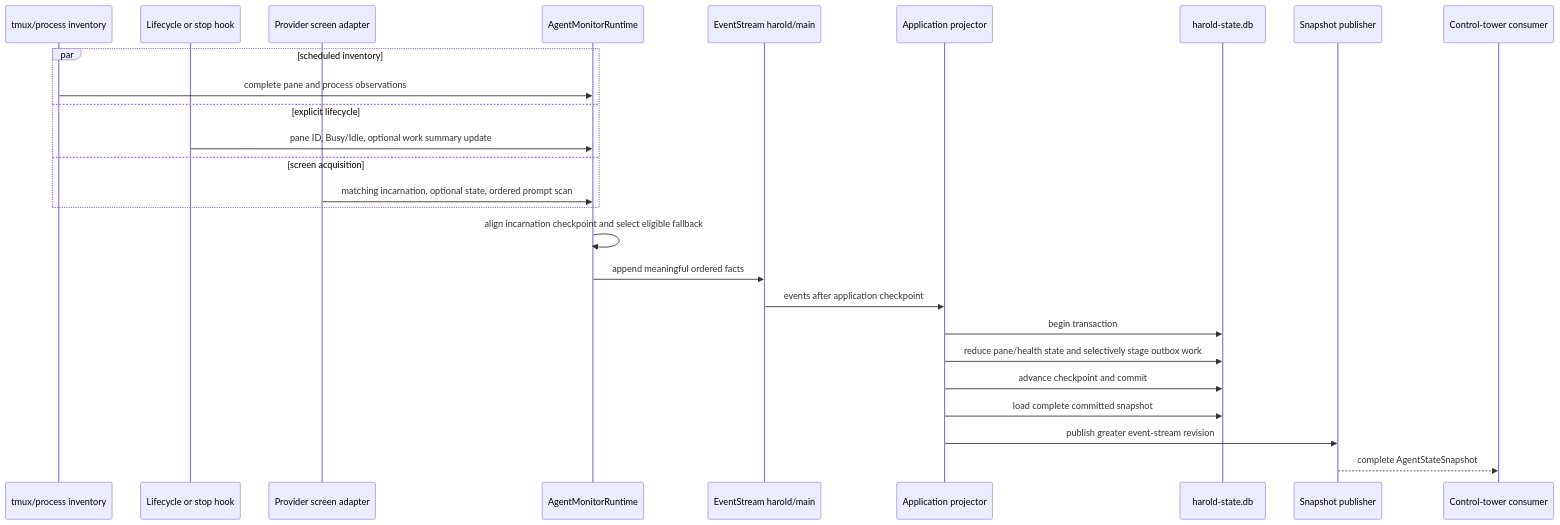
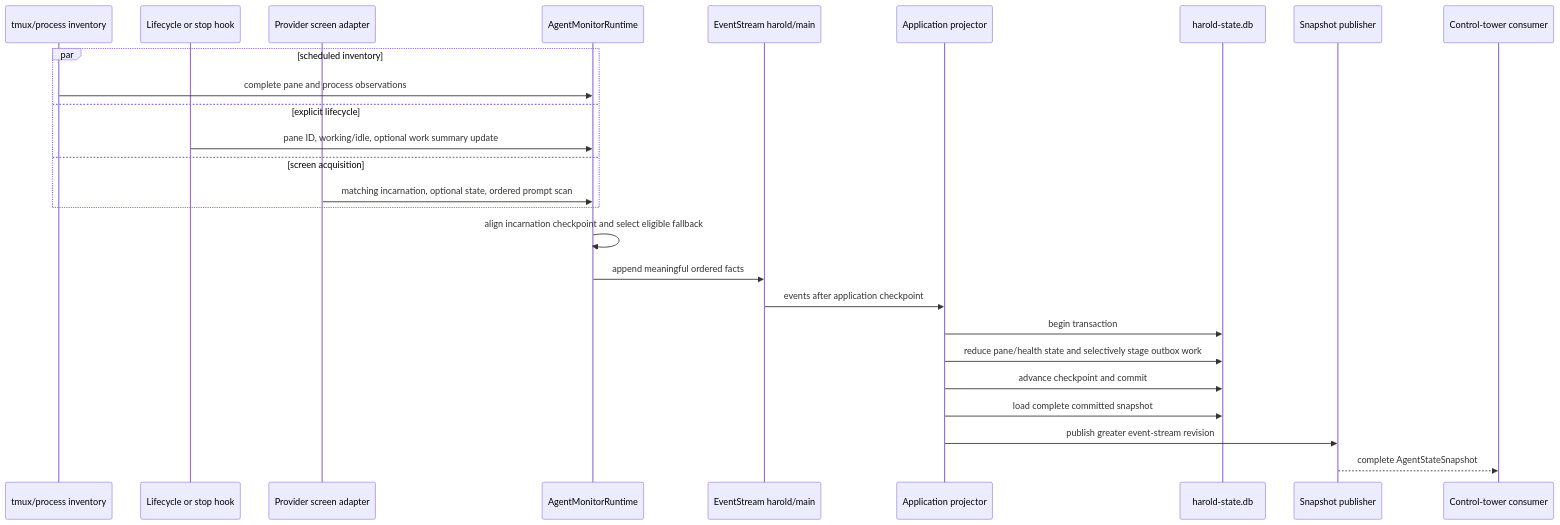
Before and after one commit to kahgeh/harold: the first of 2 diagrams in docs/references/agent-monitor/README.md, drawn with Mermaid. The commit also changed other lines of this file and 14 other files, not shown here.

````diff
--- a/docs/references/agent-monitor/README.md
+++ b/docs/references/agent-monitor/README.md
@@ -64,29 +64,29 @@
 ```mermaid
 sequenceDiagram
     participant Inventory as tmux/process inventory
     participant Hook as Lifecycle or stop hook
     participant Screen as Provider screen adapter
     participant Runtime as AgentMonitorRuntime
     participant Events as EventStream harold/main
     participant Projector as Application projector
     participant StateDB as harold-state.db
     participant Hub as Snapshot publisher
     participant Tower as Control-tower consumer
 
     par scheduled inventory
         Inventory->>Runtime: complete pane and process observations
     and explicit lifecycle
-        Hook->>Runtime: pane ID, Busy/Idle, optional work summary update
+        Hook->>Runtime: pane ID, working/idle, optional work summary update
     and screen acquisition
         Screen->>Runtime: matching incarnation, optional state, ordered prompt scan
     end
     Runtime->>Runtime: align incarnation checkpoint and select eligible fallback
     Runtime->>Events: append meaningful ordered facts
     Events->>Projector: events after application checkpoint
     Projector->>StateDB: begin transaction
     Projector->>StateDB: reduce pane/health state and selectively stage outbox work
     Projector->>StateDB: advance checkpoint and commit
     Projector->>StateDB: load complete committed snapshot
     Projector->>Hub: publish greater event-stream revision
     Hub-->>Tower: complete AgentStateSnapshot
 ```
````
